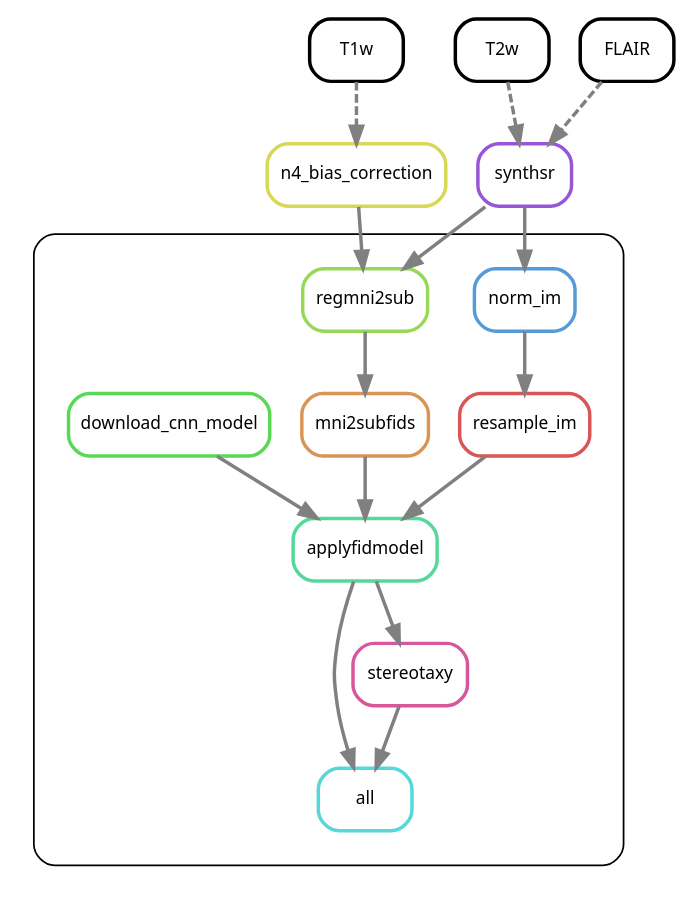
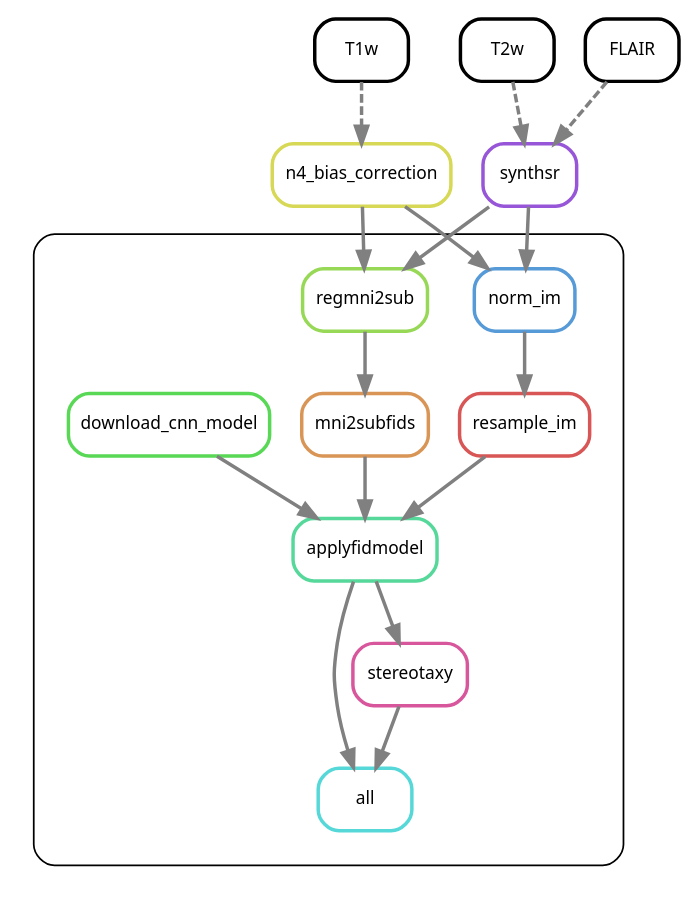
The diagram in docs/dag.dot (afids/autoafids), drawn with Graphviz before and after one commit. The commit also changed 1 other file, not shown here.

```diff
--- a/docs/dag.dot
+++ b/docs/dag.dot
@@ -1,40 +1,41 @@
 digraph snakemake_dag {
     graph[bgcolor=white, margin=0.3];
     node[shape=box, style=rounded, fontname=sans, fontsize=10, penwidth=2];
     edge[penwidth=2, color=grey];
 
     synthsr[label = "synthsr", color = "0.75 0.6 0.85", style="rounded"];
 
     subgraph cluster_workflow {
         color = black;
         style = rounded;
         margin = 20;
 
         0[label = "all", color = "0.50 0.6 0.85", style="rounded"];
         1[label = "applyfidmodel", color = "0.42 0.6 0.85", style="rounded"];
         2[label = "resample_im", color = "0.00 0.6 0.85", style="rounded"];
         3[label = "norm_im", color = "0.58 0.6 0.85", style="rounded"];
         5[label = "mni2subfids", color = "0.08 0.6 0.85", style="rounded"];
         6[label = "regmni2sub", color = "0.25 0.6 0.85", style="rounded"];
         7[label = "download_cnn_model", color = "0.33 0.6 0.85", style="rounded"];
         8[label = "stereotaxy", color = "0.91 0.6 0.85", style="rounded"];
 
         7 -> 1
         1 -> 0
         1 -> 8
         8 -> 0
         2 -> 1
         5 -> 1
         3 -> 2
         6 -> 5
     }
 
     4[label = "n4_bias_correction", color = "0.17 0.6 0.85", style="rounded"];
     4 -> 6
+    4 -> 3
 
     T1w -> 4[style=dashed];
     T2w -> synthsr[style=dashed];
     FLAIR -> synthsr[style=dashed];
     synthsr -> 3;
     synthsr -> 6;
 }
```
